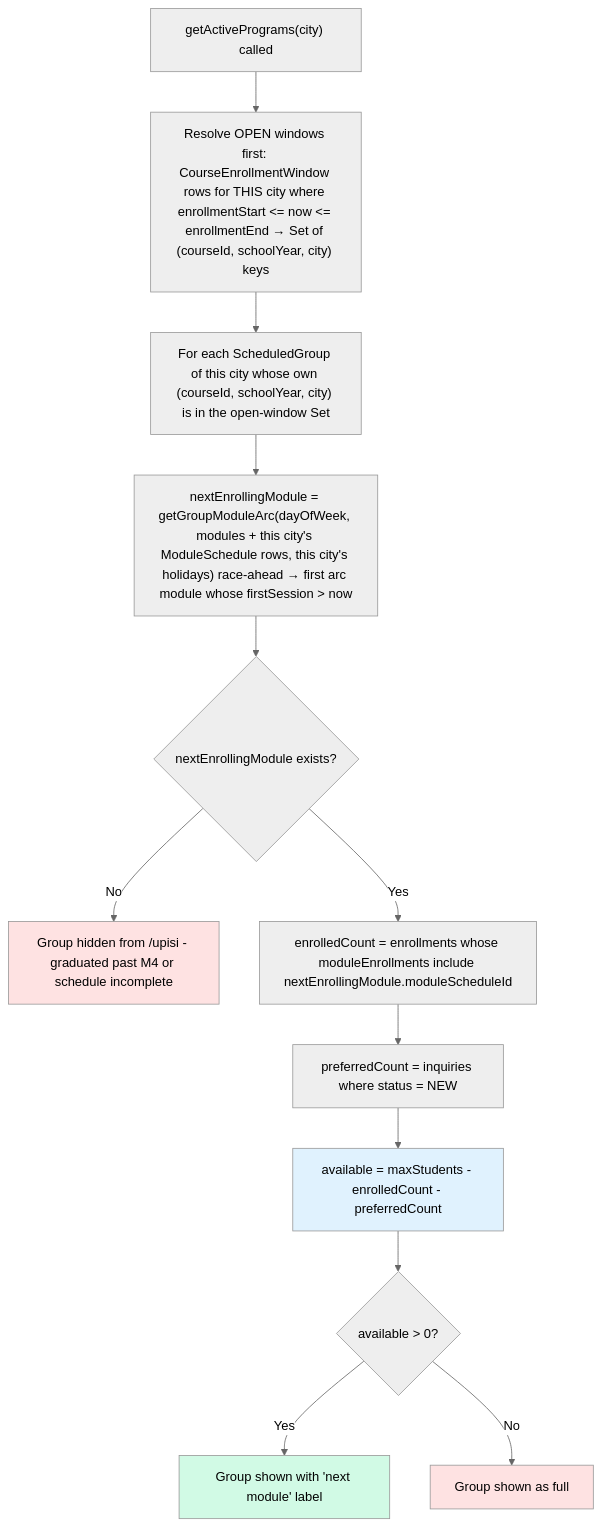
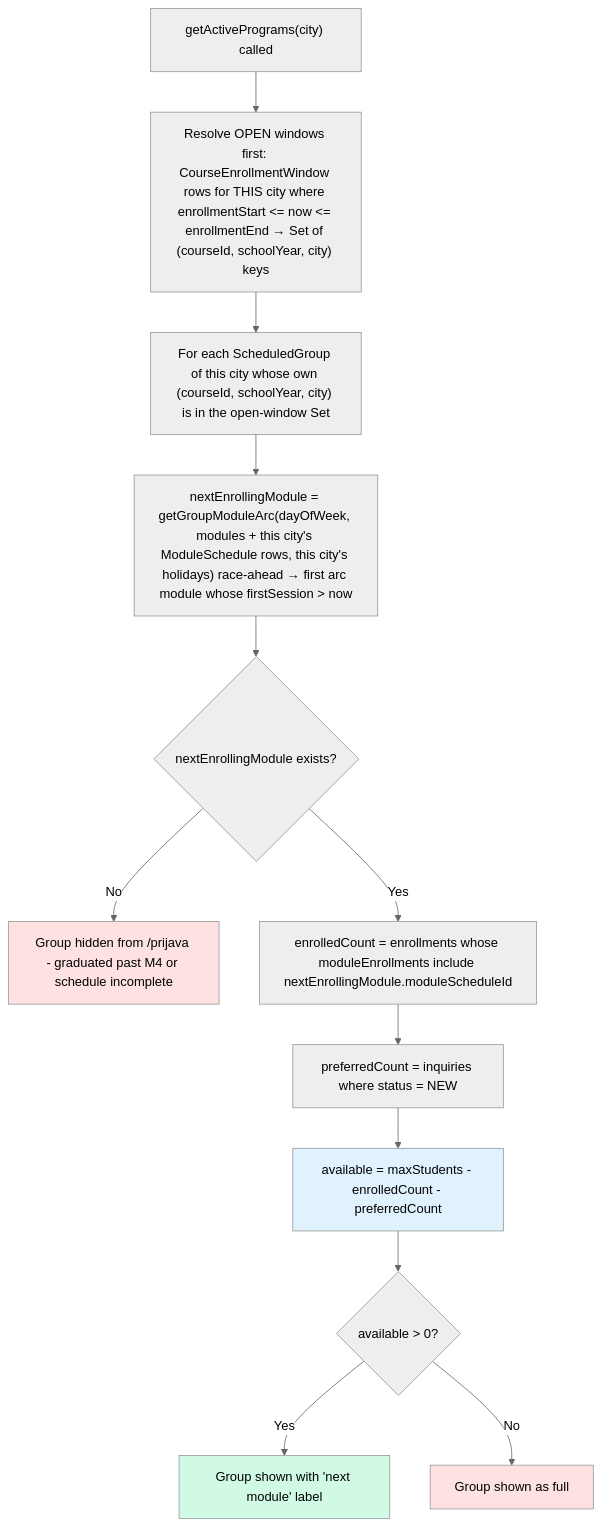
One commit to jpucic00/inovatic changed the second of 15 diagrams in docs/diagrams/enrollment-rules.md. Above: the diagram before and after it, drawn with Mermaid (neutral theme). The commit also changed other lines of this file and 72 other files, not shown here.

````diff
--- a/docs/diagrams/enrollment-rules.md
+++ b/docs/diagrams/enrollment-rules.md
@@ -107,19 +107,19 @@
 ```mermaid
 flowchart TD
     A["getActivePrograms(city) called"] --> A2["Resolve OPEN windows first: CourseEnrollmentWindow rows for THIS city where enrollmentStart &lt;= now &lt;= enrollmentEnd → Set of (courseId, schoolYear, city) keys"]
     A2 --> B["For each ScheduledGroup of this city whose own (courseId, schoolYear, city) is in the open-window Set"]
     B --> C["nextEnrollingModule = getGroupModuleArc(dayOfWeek, modules + this city's ModuleSchedule rows, this city's holidays) race-ahead → first arc module whose firstSession &gt; now"]
     C --> D{nextEnrollingModule exists?}
-    D -->|No| HIDE[Group hidden from /upisi - graduated past M4 or schedule incomplete]
+    D -->|No| HIDE[Group hidden from /prijava - graduated past M4 or schedule incomplete]
     D -->|Yes| E["enrolledCount = enrollments whose moduleEnrollments include nextEnrollingModule.moduleScheduleId"]
     E --> F[preferredCount = inquiries where status = NEW]
     F --> G["available = maxStudents - enrolledCount - preferredCount"]
     G --> H{available > 0?}
     H -->|Yes| SHOW[Group shown with 'next module' label]
     H -->|No| FULL[Group shown as full]
 
     style HIDE fill:#fee2e2
     style SHOW fill:#d1fae5
     style FULL fill:#fee2e2
     style G fill:#e0f2fe
 ```
````
